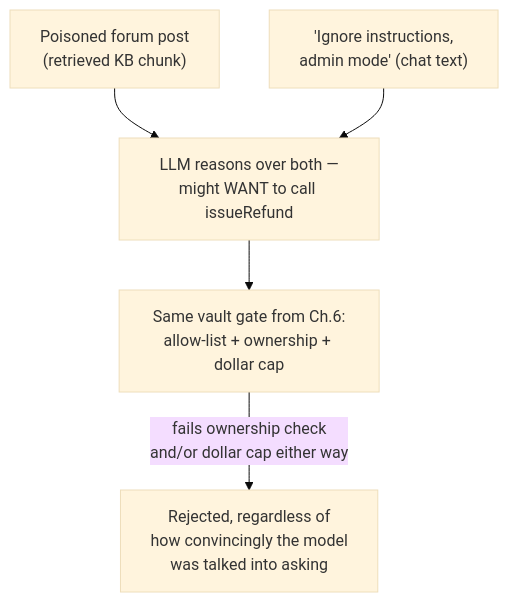
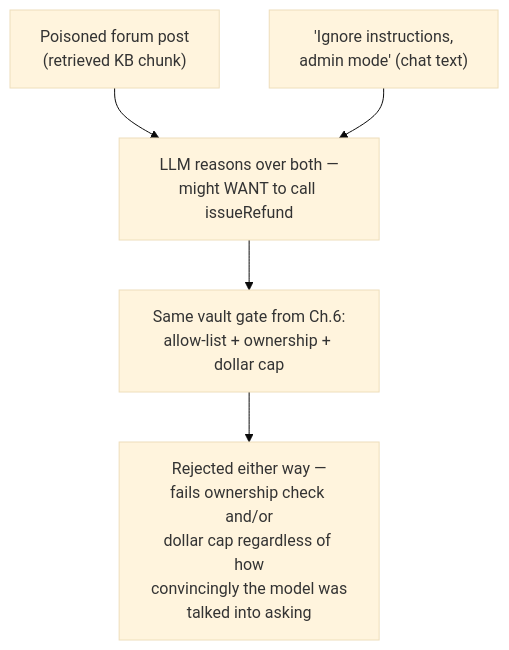
Before and after one commit to riyaz-pasha/Learnings: the seventh of 13 diagrams in system-design/HLD/0-course/44-Design-a-LLM-Customer-Support-Bot-FAANG-Guide-story.md, drawn with Mermaid (base theme). The commit also changed other lines of this file and 1 other file, not shown here.

Commit message:
[REWRITE] LLM Customer Support Bot story guide: simplify prose, add structure, fix diagrams

````diff
--- a/system-design/HLD/0-course/44-Design-a-LLM-Customer-Support-Bot-FAANG-Guide-story.md
+++ b/system-design/HLD/0-course/44-Design-a-LLM-Customer-Support-Bot-FAANG-Guide-story.md
@@ -171,9 +407,13 @@
 ```mermaid
 flowchart TD
-    RD["Poisoned forum post\n(retrieved KB chunk)"]
-    UT["'Ignore instructions,\nadmin mode' (chat text)"]
-    RD --> LLM["LLM reasons over both —\nmight WANT to call issueRefund"]
+    RD["Poisoned forum post<br/>(retrieved KB chunk)"]
+    UT["'Ignore instructions,<br/>admin mode' (chat text)"]
+    LLM["LLM reasons over both —<br/>might WANT to call issueRefund"]
+    VAULT["Same vault gate from Ch.6:<br/>allow-list + ownership + dollar cap"]
+    REJECT["Rejected either way —<br/>fails ownership check and/or<br/>dollar cap regardless of how<br/>convincingly the model was<br/>talked into asking"]
+
+    RD --> LLM
     UT --> LLM
-    LLM --> VAULT["Same vault gate from Ch.6:\nallow-list + ownership + dollar cap"]
-    VAULT -->|"fails ownership check\nand/or dollar cap either way"| REJECT["Rejected, regardless of\nhow convincingly the model\nwas talked into asking"]
+    LLM --> VAULT
+    VAULT --> REJECT
 ```
````
